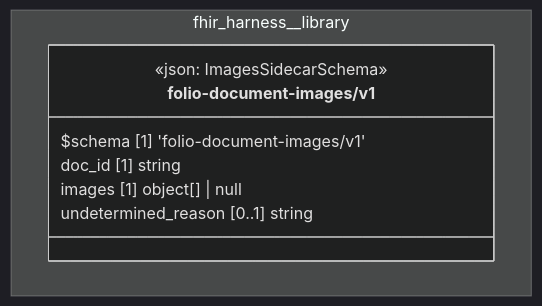
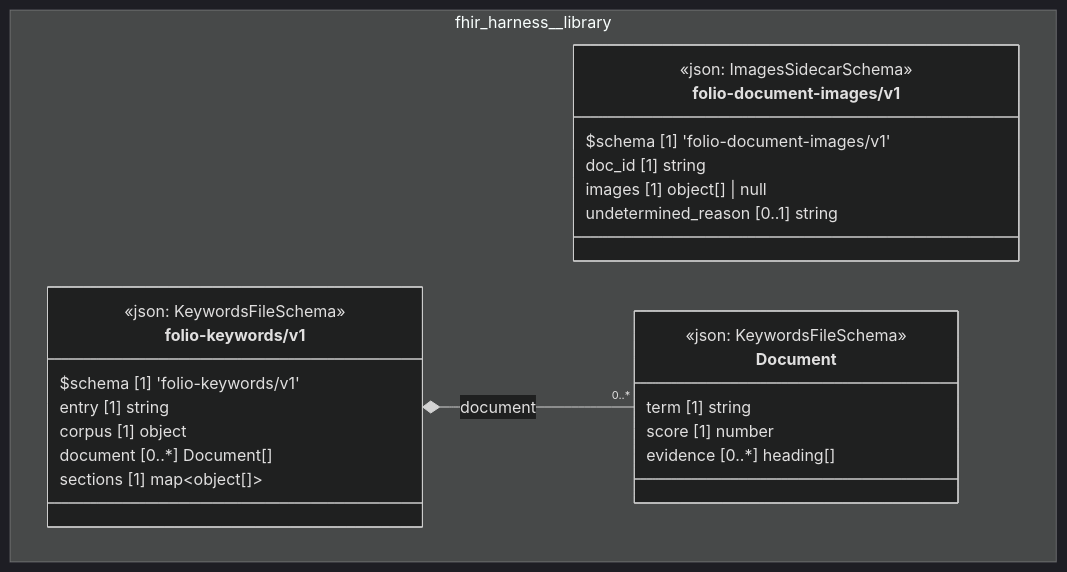
Before and after one commit to litlfred/folio-assistant: the diagram in cat-harness/docs/uml/overview/fhir-harness/library.md, drawn with Mermaid (dark theme). The commit also changed other lines of this file and 137 other files, not shown here.

````diff
--- a/cat-harness/docs/uml/overview/fhir-harness/library.md
+++ b/cat-harness/docs/uml/overview/fhir-harness/library.md
@@ -42,14 +42,31 @@
 ```mermaid
 classDiagram
   direction TB
   namespace fhir_harness__library {
     class fhir_harness_library_folio_document_images_v1_folio_document_images_v1["folio-document-images/v1"] {
       <<json: ImagesSidecarSchema>>
       $schema [1] 'folio-document-images/v1'
       doc_id [1] string
       images [1] object[] | null
       undetermined_reason [0..1] string
     }
+    class fhir_harness_library_folio_keywords_v1_Document["Document"] {
+      <<json: KeywordsFileSchema>>
+      term [1] string
+      score [1] number
+      evidence [0..*] heading[]
+    }
+    class fhir_harness_library_folio_keywords_v1_folio_keywords_v1["folio-keywords/v1"] {
+      <<json: KeywordsFileSchema>>
+      $schema [1] 'folio-keywords/v1'
+      entry [1] string
+      corpus [1] object
+      document [0..*] Document[]
+      sections [1] map~object[]~
+    }
   }
+  fhir_harness_library_folio_keywords_v1_folio_keywords_v1 *-- "0..*" fhir_harness_library_folio_keywords_v1_Document : document
   cssClass "fhir_harness_library_folio_document_images_v1_folio_document_images_v1" fa_uml_kind_library
+  cssClass "fhir_harness_library_folio_keywords_v1_Document" fa_uml_kind_library
+  cssClass "fhir_harness_library_folio_keywords_v1_folio_keywords_v1" fa_uml_kind_library
 ```
````
